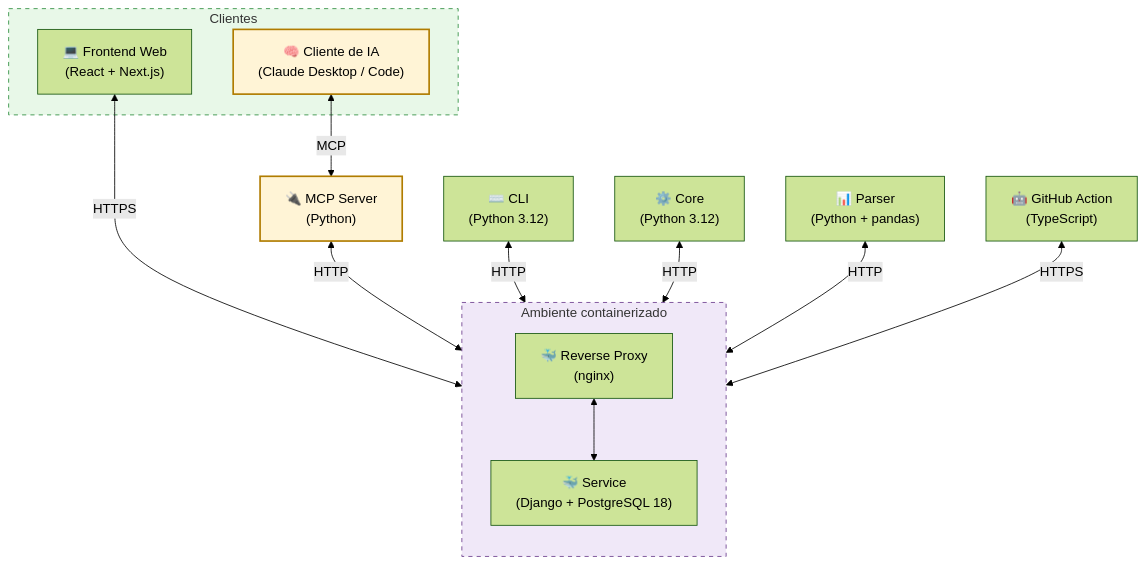
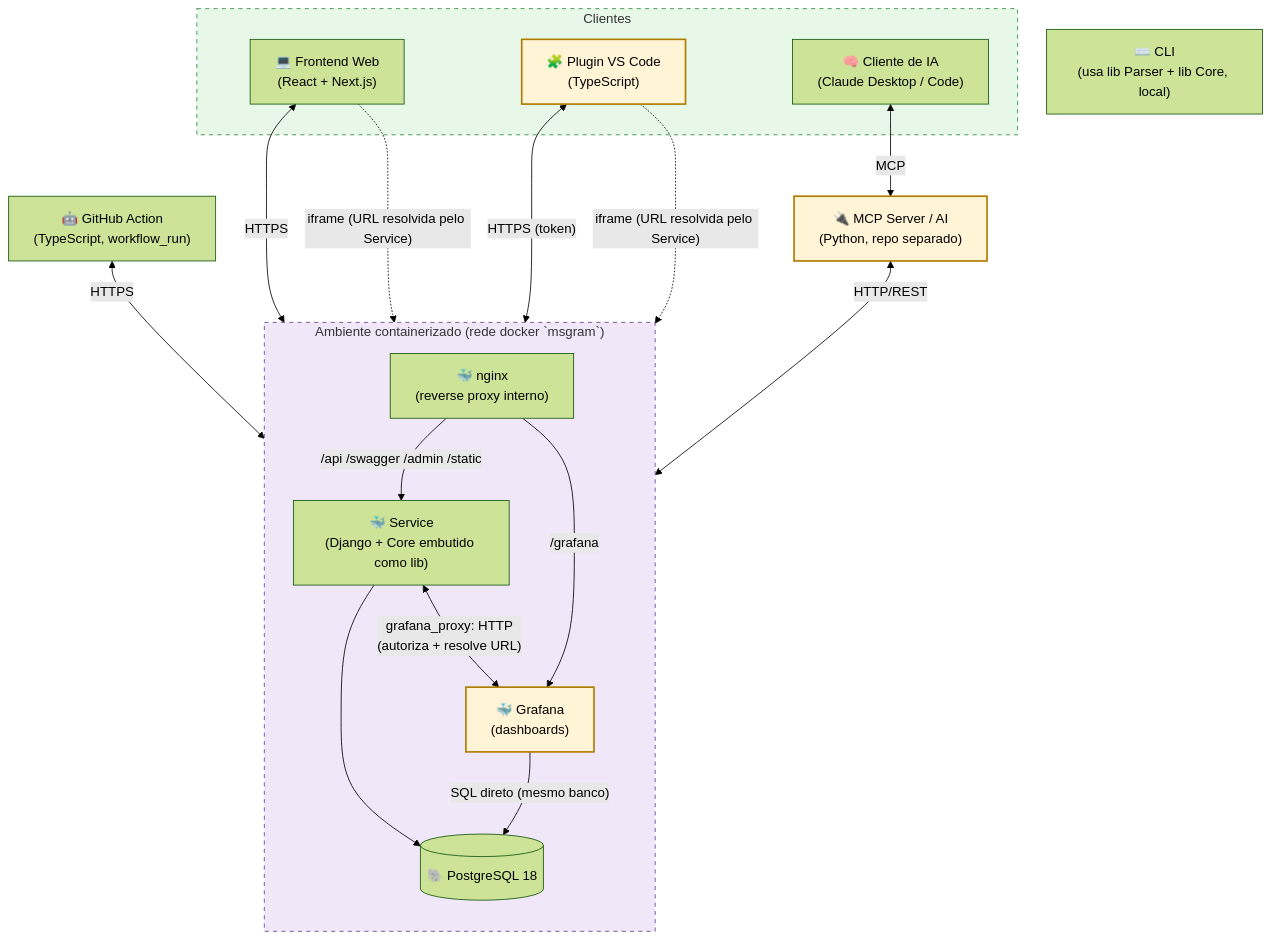
Before and after one commit to fga-eps-mds/2026.1-MeasureSoftGram-DOC: the diagram in docs/planejamento/arquitetura.md, drawn with Mermaid (forest theme). The commit also changed other lines of this file, not shown here.

First line of the commit message:
docs: documenta Grafana, nginx e estrutura evoluída de containers Docker

````diff
--- a/docs/planejamento/arquitetura.md
+++ b/docs/planejamento/arquitetura.md
@@ -88,35 +123,40 @@
 ```mermaid
 flowchart TB
     subgraph Cliente["Clientes"]
         FE["💻 Frontend Web<br/>(React + Next.js)"]
+        VSC["🧩 Plugin VS Code<br/>(TypeScript)"]
         AI["🧠 Cliente de IA<br/>(Claude Desktop / Code)"]
     end
 
-    subgraph Container["Ambiente containerizado"]
+    subgraph Container["Ambiente containerizado (rede docker `msgram`)"]
         direction TB
-        RP["🐳 Reverse Proxy<br/>(nginx)"]
-        SVC["🐳 Service<br/>(Django + PostgreSQL 18)"]
-        RP <--> SVC
+        RP["🐳 nginx<br/>(reverse proxy interno)"]
+        SVC["🐳 Service<br/>(Django + Core embutido como lib)"]
+        DB[("🐘 PostgreSQL 18")]
+        GF["🐳 Grafana<br/>(dashboards)"]
+        RP -->|"/api /swagger /admin /static"| SVC
+        RP -->|"/grafana"| GF
+        SVC --> DB
+        GF -->|"SQL direto (mesmo banco)"| DB
+        SVC <-->|"grafana_proxy: HTTP<br/>(autoriza + resolve URL)"| GF
     end
 
-    CLI["⌨️ CLI<br/>(Python 3.12)"]
-    Core["⚙️ Core<br/>(Python 3.12)"]
-    Parser["📊 Parser<br/>(Python + pandas)"]
-    Action["🤖 GitHub Action<br/>(TypeScript)"]
-    MCP["🔌 MCP Server<br/>(Python)"]
+    CLI["⌨️ CLI<br/>(usa lib Parser + lib Core, local)"]
+    Action["🤖 GitHub Action<br/>(TypeScript, workflow_run)"]
+    MCP["🔌 MCP Server / AI<br/>(Python, repo separado)"]
 
     FE <-->|HTTPS| RP
+    VSC <-->|"HTTPS (token)"| RP
+    VSC -.->|"iframe (URL resolvida pelo Service)"| GF
+    FE -.->|"iframe (URL resolvida pelo Service)"| GF
     AI <-->|MCP| MCP
-    MCP <-->|HTTP| SVC
-    CLI <-->|HTTP| SVC
-    Core <-->|HTTP| SVC
-    Parser <-->|HTTP| SVC
-    Action <-->|HTTPS| SVC
+    MCP <-->|HTTP/REST| RP
+    Action <-->|HTTPS| RP
 
     classDef cliente fill:#e8f8e8,stroke:#2a8c3a,stroke-dasharray:5 5
     classDef container fill:#f0e8f8,stroke:#6a3a8c,stroke-dasharray:5 5
     classDef novo fill:#fff4d6,stroke:#b07c00,stroke-width:2px
     class Cliente cliente
     class Container container
-    class MCP,AI novo
+    class MCP,VSC,GF novo
 ```
````
